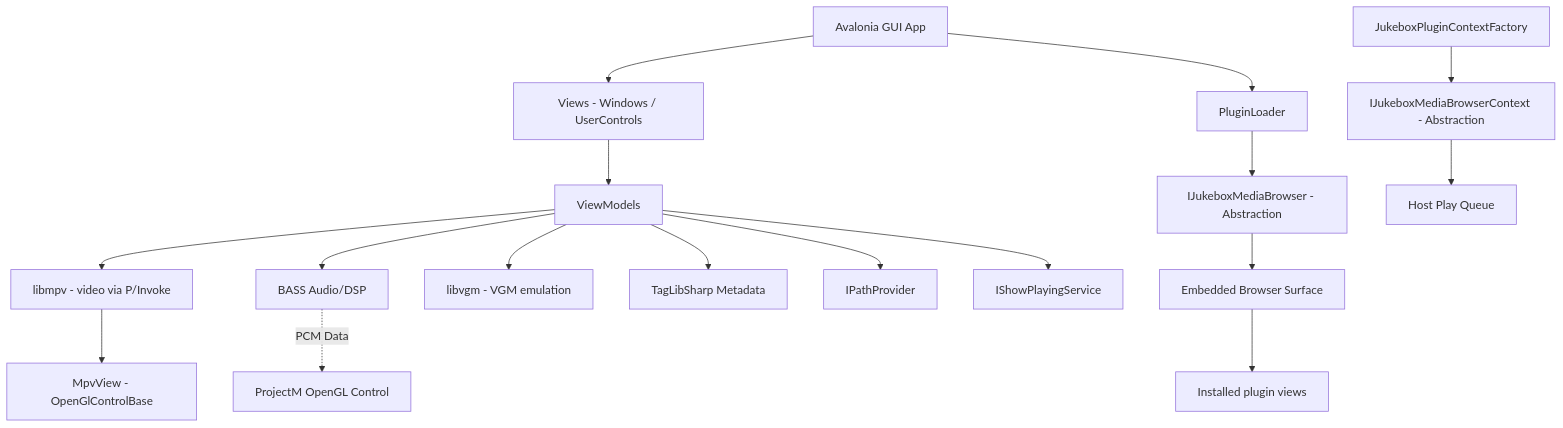
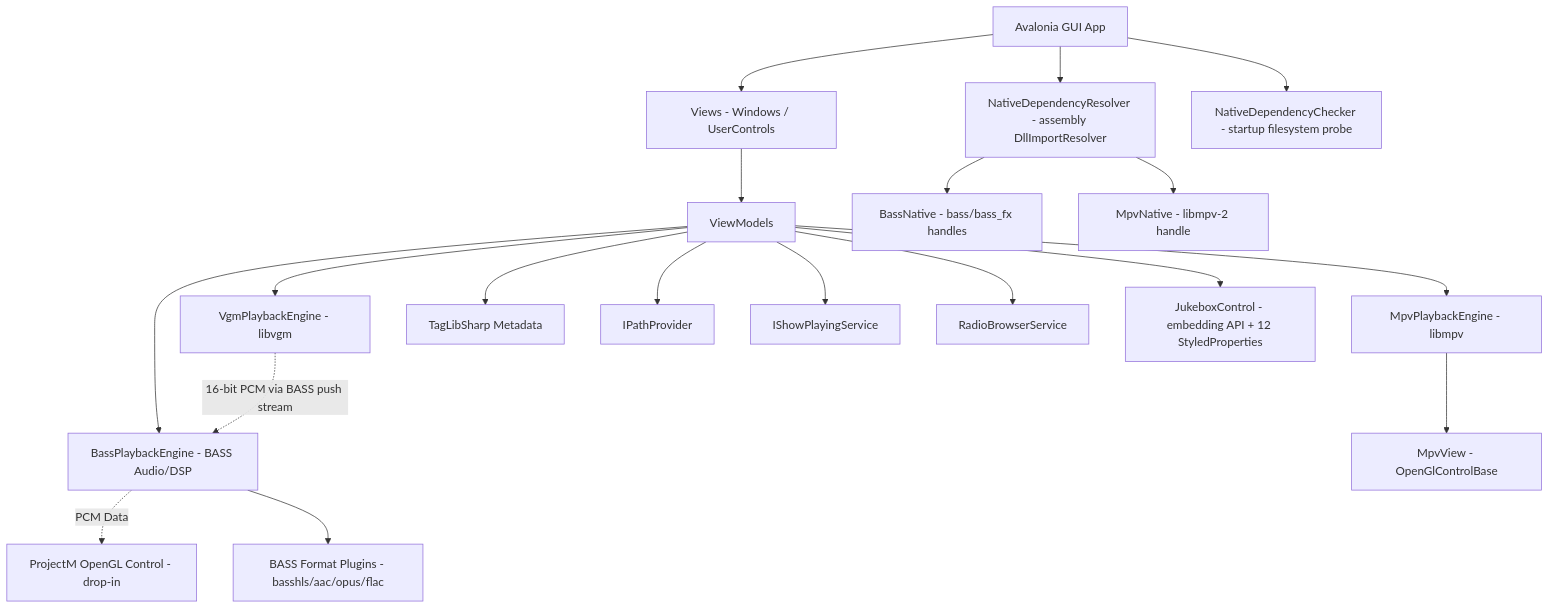
The diagram in ARCHITECTURE.md (RobG66/Jukebox), drawn with Mermaid before and after one commit. The commit also changed other lines of this file and 2 other files, not shown here.

````diff
--- a/ARCHITECTURE.md
+++ b/ARCHITECTURE.md
@@ -22,21 +32,21 @@
 ```mermaid
 graph TD
     App[Avalonia GUI App] --> Views[Views - Windows / UserControls]
     Views --> ViewModels[ViewModels]
-    ViewModels --> Mpv[libmpv - video via P/Invoke]
-    ViewModels --> Bass[BASS Audio/DSP]
-    ViewModels --> Vgm[libvgm - VGM emulation]
+    ViewModels --> Mpv[MpvPlaybackEngine - libmpv]
+    ViewModels --> Bass[BassPlaybackEngine - BASS Audio/DSP]
+    ViewModels --> Vgm[VgmPlaybackEngine - libvgm]
+    Vgm -. 16-bit PCM via BASS push stream .-> Bass
     Mpv --> MpvView[MpvView - OpenGlControlBase]
-    Bass -. PCM Data .-> Visualizer[ProjectM OpenGL Control]
+    Bass -. PCM Data .-> Visualizer[ProjectM OpenGL Control - drop-in]
+    Bass --> BassPlugins[BASS Format Plugins - basshls/aac/opus/flac]
     ViewModels --> TagLib[TagLibSharp Metadata]
     ViewModels --> PathProvider[IPathProvider]
     ViewModels --> ShowPlaying[IShowPlayingService]
-    
-    %% Plugin infrastructure and host-owned media shell
-    App --> PluginLoader[PluginLoader]
-    PluginLoader --> IJukeboxMediaBrowser[IJukeboxMediaBrowser - Abstraction]
-    JukeboxPluginContextFactory --> IJukeboxMediaBrowserContext[IJukeboxMediaBrowserContext - Abstraction]
-    IJukeboxMediaBrowser --> BrowserSurface[Embedded Browser Surface]
-    BrowserSurface --> InstalledPlugins[Installed plugin views]
-    IJukeboxMediaBrowserContext --> PlayQueue[Host Play Queue]
+    ViewModels --> RadioBrowser[RadioBrowserService]
+    App --> NativeResolver[NativeDependencyResolver - assembly DllImportResolver]
+    App --> NativeChecker[NativeDependencyChecker - startup filesystem probe]
+    NativeResolver --> BassNative[BassNative - bass/bass_fx handles]
+    NativeResolver --> MpvNative[MpvNative - libmpv-2 handle]
+    ViewModels --> JukeboxControl[JukeboxControl - embedding API + 12 StyledProperties]
 ```
````
